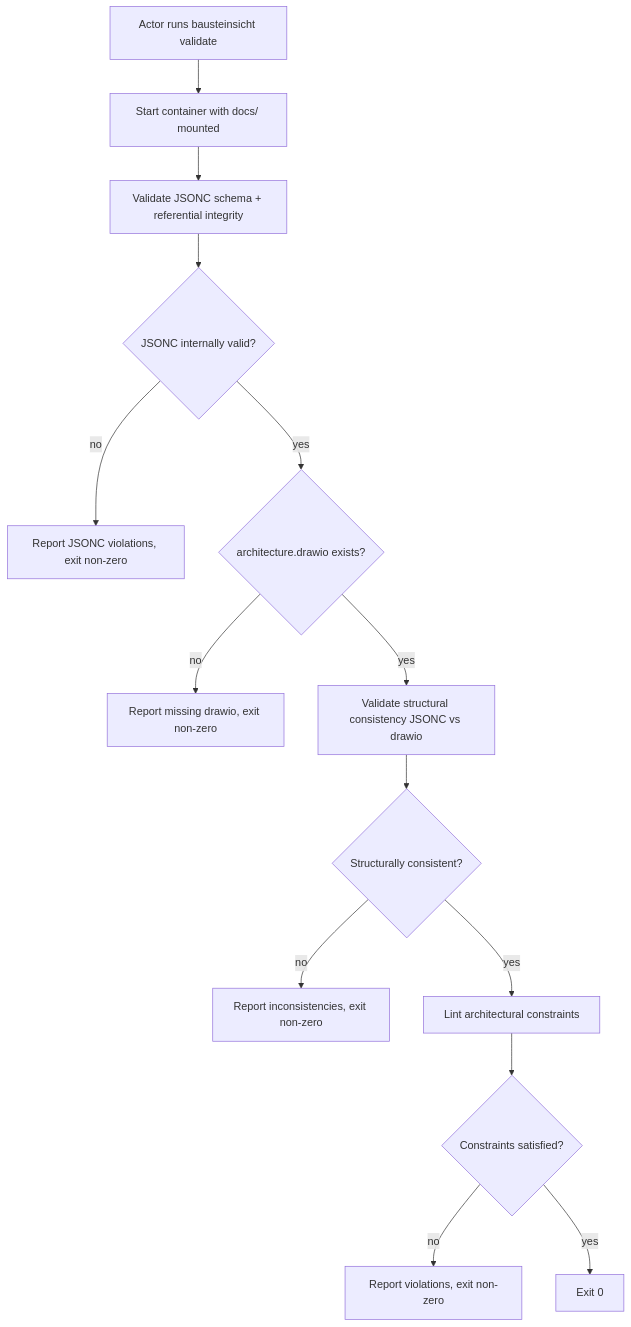
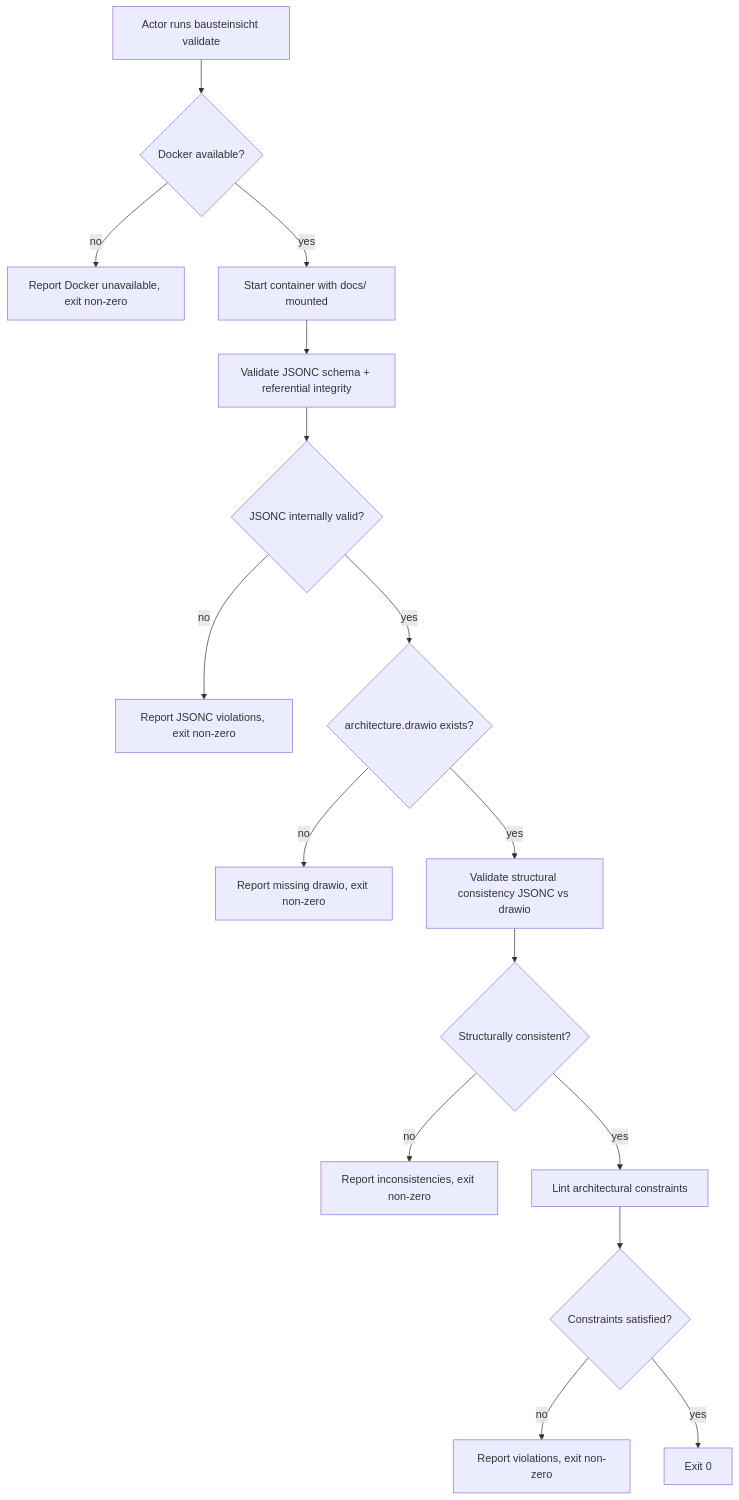
Before and after one commit to matthiasdaues/agent_factory: the diagram in docs/spec/use_cases/UC-14-validate-model-consistency.md, drawn with Mermaid. The commit also changed other lines of this file and 4 other files, not shown here.

````diff
--- a/docs/spec/use_cases/UC-14-validate-model-consistency.md
+++ b/docs/spec/use_cases/UC-14-validate-model-consistency.md
@@ -65,16 +70,18 @@
 ```mermaid
 flowchart TD
-    A[Actor runs bausteinsicht validate] --> B[Start container with docs/ mounted]
+    A[Actor runs bausteinsicht validate] --> AA{Docker available?}
+    AA -->|no| AB[Report Docker unavailable, exit non-zero]
+    AA -->|yes| B[Start container with docs/ mounted]
     B --> C[Validate JSONC schema + referential integrity]
     C --> D{JSONC internally valid?}
     D -->|no| E[Report JSONC violations, exit non-zero]
     D -->|yes| F{architecture.drawio exists?}
     F -->|no| G[Report missing drawio, exit non-zero]
     F -->|yes| H[Validate structural consistency JSONC vs drawio]
     H --> I{Structurally consistent?}
     I -->|no| J[Report inconsistencies, exit non-zero]
     I -->|yes| K[Lint architectural constraints]
     K --> L{Constraints satisfied?}
     L -->|no| M[Report violations, exit non-zero]
     L -->|yes| N[Exit 0]
 ```
````
